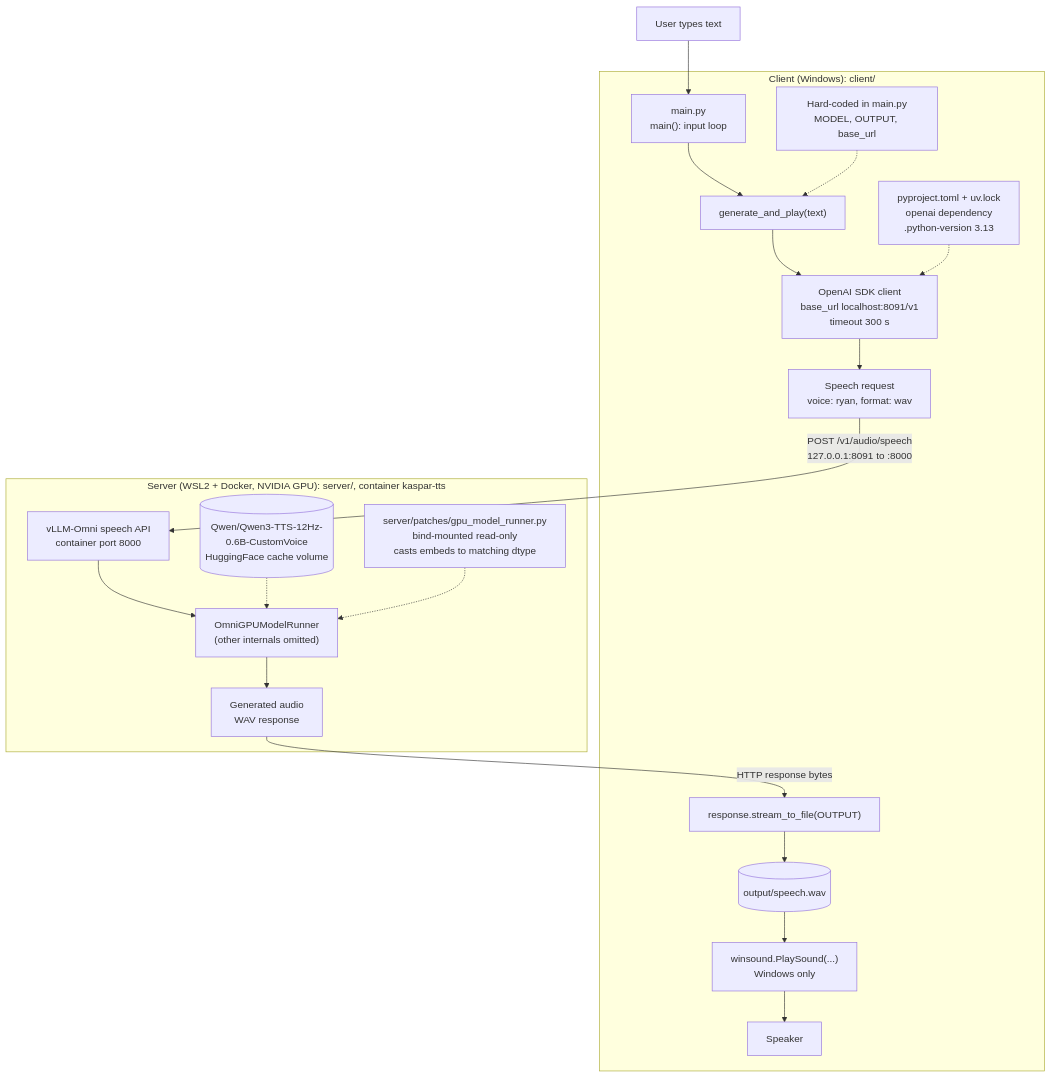
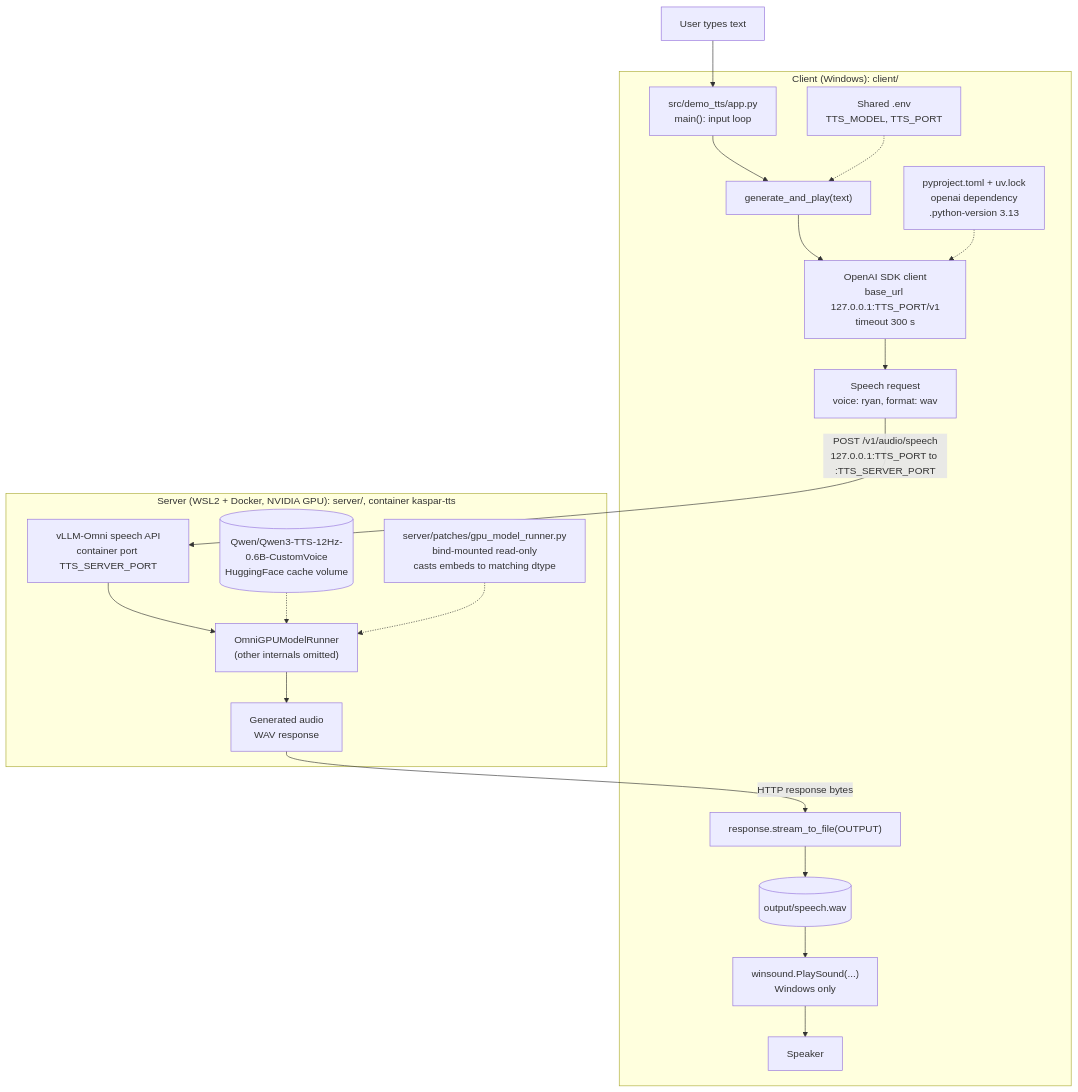
Before and after one commit to ImanSoratiAshtiani-Edu/TextToSpeech: the diagram in iman-vllm-omni/README.md, drawn with Mermaid. The commit also changed other lines of this file and 8 other files, not shown here.

Commit message:
refactor(tts): share model and port settings and wire up demo command

````diff
--- a/iman-vllm-omni/README.md
+++ b/iman-vllm-omni/README.md
@@ -18,40 +18,40 @@
 ```mermaid
 flowchart TB
     USER["User types text"]
 
     subgraph CLIENT["Client (Windows): client/"]
-        MAIN["main.py<br/>main(): input loop"]
+        MAIN["src/demo_tts/app.py<br/>main(): input loop"]
         GEN["generate_and_play(text)"]
-        SDK["OpenAI SDK client<br/>base_url localhost:8091/v1<br/>timeout 300 s"]
+        SDK["OpenAI SDK client<br/>base_url 127.0.0.1:TTS_PORT/v1<br/>timeout 300 s"]
         REQ["Speech request<br/>voice: ryan, format: wav"]
         SAVE["response.stream_to_file(OUTPUT)"]
         WAV[("output/speech.wav")]
         PLAY["winsound.PlaySound(...)<br/>Windows only"]
         SPEAKER["Speaker"]
 
-        CONFIG["Hard-coded in main.py<br/>MODEL, OUTPUT, base_url"]
+        CONFIG["Shared .env<br/>TTS_MODEL, TTS_PORT"]
         DEPS["pyproject.toml + uv.lock<br/>openai dependency<br/>.python-version 3.13"]
 
         MAIN --> GEN --> SDK --> REQ
         SAVE --> WAV --> PLAY --> SPEAKER
         CONFIG -.-> GEN
         DEPS -.-> SDK
     end
 
     subgraph SERVER["Server (WSL2 + Docker, NVIDIA GPU): server/, container kaspar-tts"]
-        API["vLLM-Omni speech API<br/>container port 8000"]
+        API["vLLM-Omni speech API<br/>container port TTS_SERVER_PORT"]
         ENGINE["OmniGPUModelRunner<br/>(other internals omitted)"]
         MODEL[("Qwen/Qwen3-TTS-12Hz-0.6B-CustomVoice<br/>HuggingFace cache volume")]
         AUDIO["Generated audio<br/>WAV response"]
         PATCH["server/patches/gpu_model_runner.py<br/>bind-mounted read-only<br/>casts embeds to matching dtype"]
 
         API --> ENGINE
         MODEL -.-> ENGINE
         PATCH -.-> ENGINE
         ENGINE --> AUDIO
     end
 
     USER --> MAIN
-    REQ -->|"POST /v1/audio/speech<br/>127.0.0.1:8091 to :8000"| API
+    REQ -->|"POST /v1/audio/speech<br/>127.0.0.1:TTS_PORT to :TTS_SERVER_PORT"| API
     AUDIO -->|"HTTP response bytes"| SAVE
 ```
````
